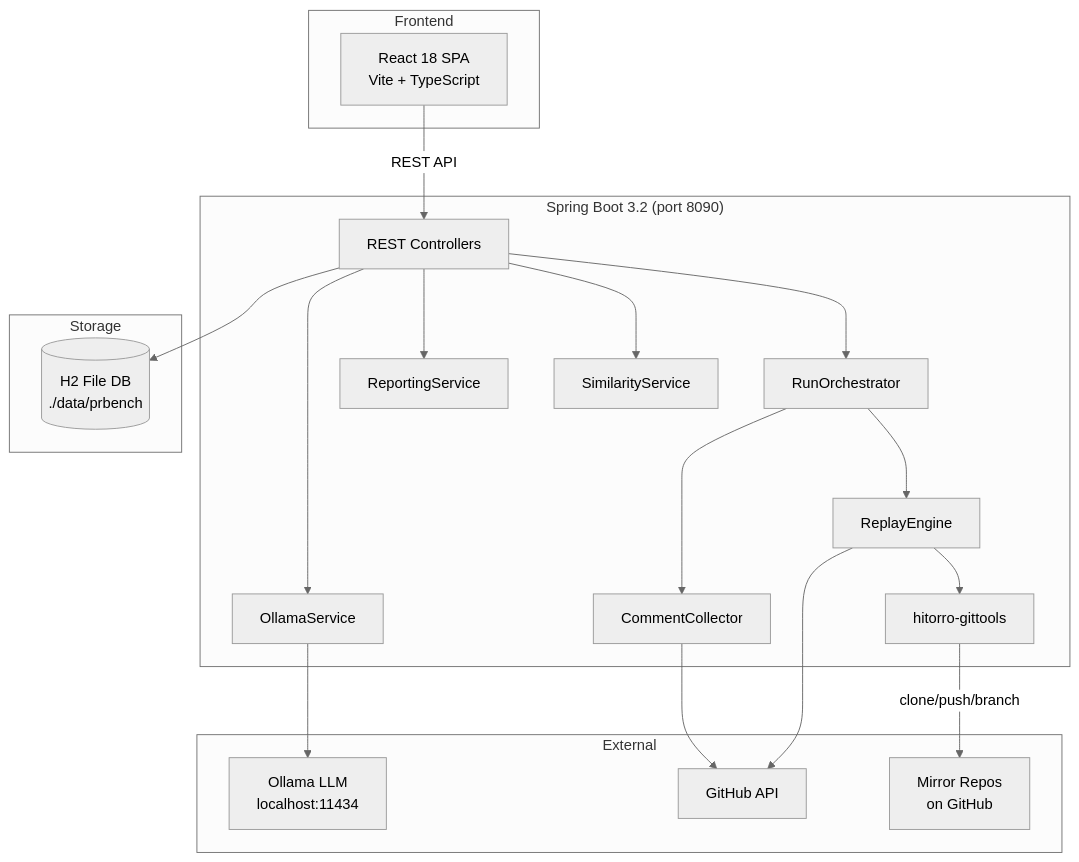
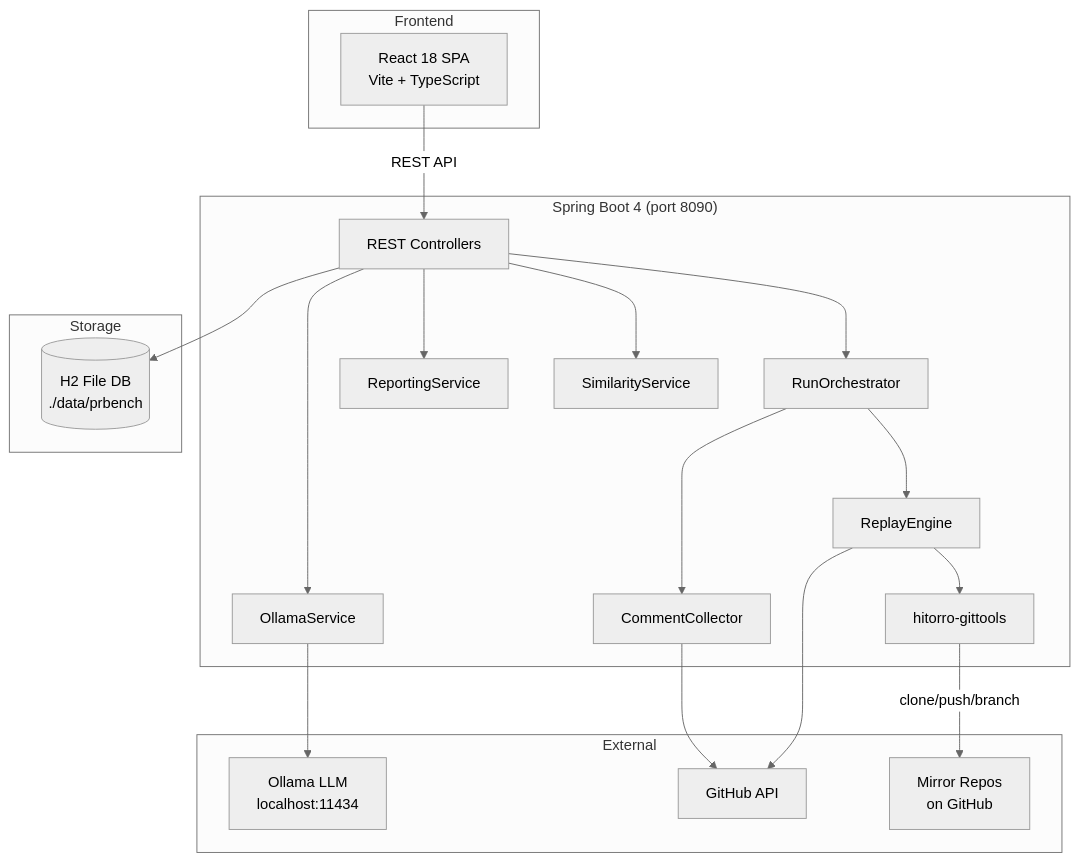
One commit to geekychris/hitorro-prbench changed the first of 4 diagrams in README.md. Above: the diagram before and after it, drawn with Mermaid (neutral theme). The commit also changed other lines of this file and 3 other files, not shown here.

First line of the commit message:
Migrate to Spring Boot 4.1.3 (Spring Framework 7.0.11)

````diff
--- a/README.md
+++ b/README.md
@@ -34,41 +34,41 @@
 ```mermaid
 graph TB
     subgraph Frontend
         React[React 18 SPA<br/>Vite + TypeScript]
     end
 
-    subgraph Backend["Spring Boot 3.2 (port 8090)"]
+    subgraph Backend["Spring Boot 4 (port 8090)"]
         Controllers[REST Controllers]
         Orchestrator[RunOrchestrator]
         Replay[ReplayEngine]
         Collector[CommentCollector]
         Similarity[SimilarityService]
         Reporting[ReportingService]
         Ollama[OllamaService]
         GitTools[hitorro-gittools]
     end
 
     subgraph Storage
         H2[(H2 File DB<br/>./data/prbench)]
     end
 
     subgraph External
         GitHub[GitHub API]
         OllamaServer[Ollama LLM<br/>localhost:11434]
         Mirror[Mirror Repos<br/>on GitHub]
     end
 
     React -->|REST API| Controllers
     Controllers --> Orchestrator
     Orchestrator --> Replay
     Orchestrator --> Collector
     Controllers --> Similarity
     Controllers --> Reporting
     Controllers --> Ollama
     Replay --> GitTools
     Replay --> GitHub
     Collector --> GitHub
     Ollama --> OllamaServer
     GitTools -->|clone/push/branch| Mirror
     Controllers --> H2
 ```
````
